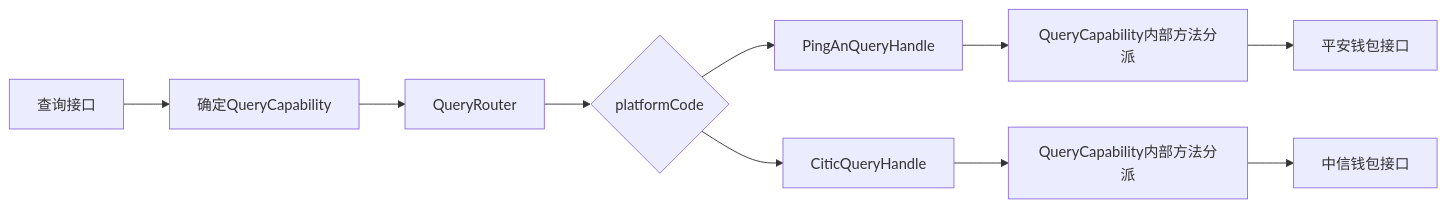
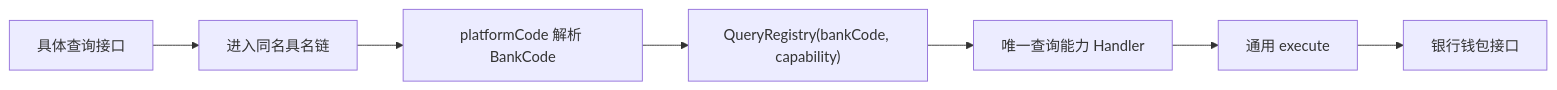
Before and after one commit to ssssgoldhunter/saas2.0-memory-hub: the second of 2 diagrams in docs/saas2.0 重构/01-front-重构总体结构设计.md, drawn with Mermaid. The commit also changed other lines of this file and 43 other files, not shown here.

````diff
--- a/docs/saas2.0 重构/01-front-重构总体结构设计.md
+++ b/docs/saas2.0 重构/01-front-重构总体结构设计.md
@@ -460,12 +455,9 @@
 ```mermaid
 flowchart LR
-    A["查询接口"] --> B["确定QueryCapability"]
-    B --> C["QueryRouter"]
-    C --> D{"platformCode"}
-    D --> E["PingAnQueryHandle"]
-    D --> F["CiticQueryHandle"]
-    E --> G["QueryCapability内部方法分派"]
-    F --> H["QueryCapability内部方法分派"]
-    G --> I["平安钱包接口"]
-    H --> J["中信钱包接口"]
+    A["具体查询接口"] --> B["进入同名具名链"]
+    B --> C["platformCode 解析 BankCode"]
+    C --> D["QueryRegistry(bankCode, capability)"]
+    D --> E["唯一查询能力 Handler"]
+    E --> F["通用 execute"]
+    F --> G["银行钱包接口"]
 ```
````
